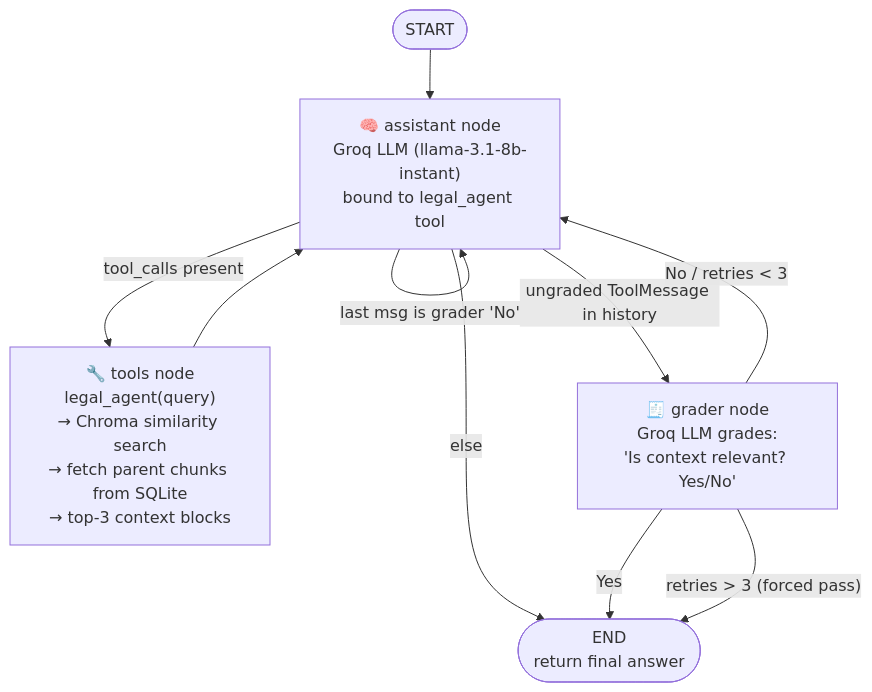
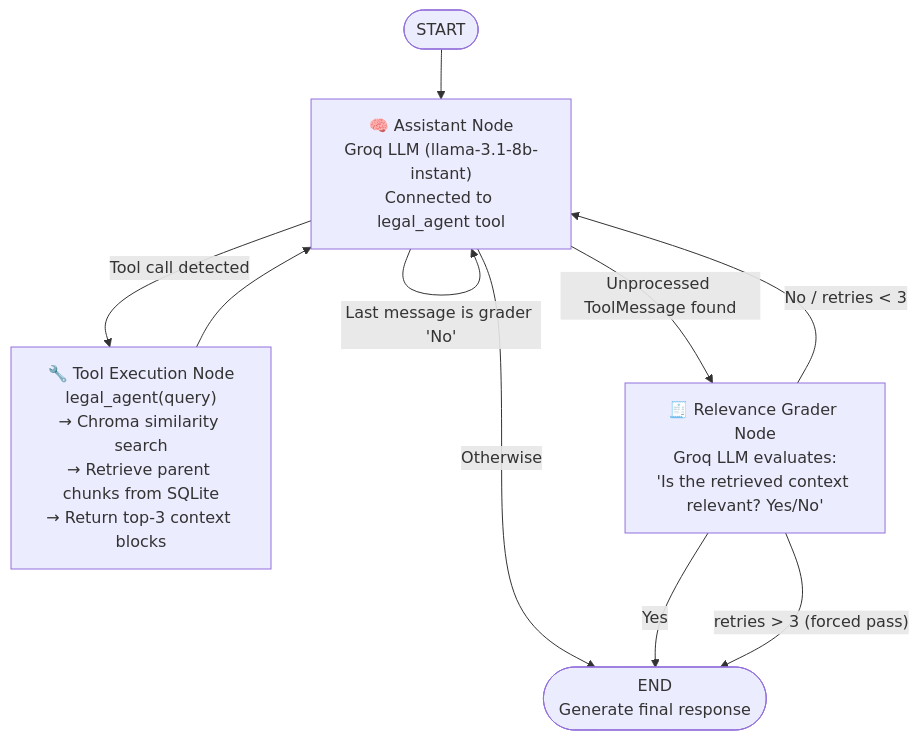
Before and after one commit to Sriharshini7/Agentic-RAG-Research-Assistant: the second of 3 diagrams in README.md, drawn with Mermaid. The commit also changed other lines of this file, not shown here.

````diff
--- a/README.md
+++ b/README.md
@@ -59,19 +71,19 @@
 ```mermaid
 flowchart TD
     START(["START"]) --> ASSISTANT
 
-    ASSISTANT["🧠 assistant node<br/>Groq LLM (llama-3.1-8b-instant)<br/>bound to legal_agent tool"]
+    ASSISTANT["🧠 Assistant Node<br/>Groq LLM (llama-3.1-8b-instant)<br/>Connected to legal_agent tool"]
 
-    ASSISTANT -->|"tool_calls present"| TOOLS
-    ASSISTANT -->|"last msg is grader 'No'"| ASSISTANT
-    ASSISTANT -->|"ungraded ToolMessage in history"| GRADER
-    ASSISTANT -->|"else"| END(["END<br/>return final answer"])
+    ASSISTANT -->|"Tool call detected"| TOOLS
+    ASSISTANT -->|"Last message is grader 'No'"| ASSISTANT
+    ASSISTANT -->|"Unprocessed ToolMessage found"| GRADER
+    ASSISTANT -->|"Otherwise"| END(["END<br/>Generate final response"])
 
-    TOOLS["🔧 tools node<br/>legal_agent(query)<br/>→ Chroma similarity search<br/>→ fetch parent chunks from SQLite<br/>→ top-3 context blocks"]
+    TOOLS["🔧 Tool Execution Node<br/>legal_agent(query)<br/>→ Chroma similarity search<br/>→ Retrieve parent chunks from SQLite<br/>→ Return top-3 context blocks"]
     TOOLS --> ASSISTANT
 
-    GRADER["🧾 grader node<br/>Groq LLM grades:<br/>'Is context relevant? Yes/No'"]
+    GRADER["🧾 Relevance Grader Node<br/>Groq LLM evaluates:<br/>'Is the retrieved context relevant? Yes/No'"]
     GRADER -->|"Yes"| END
     GRADER -->|"No / retries < 3"| ASSISTANT
     GRADER -->|"retries > 3 (forced pass)"| END
 ```
````
